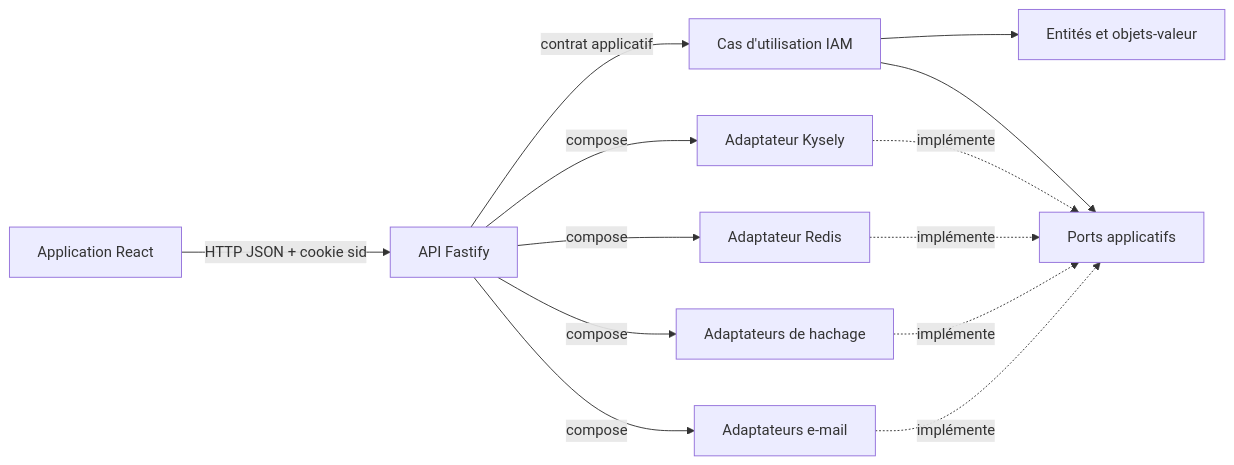
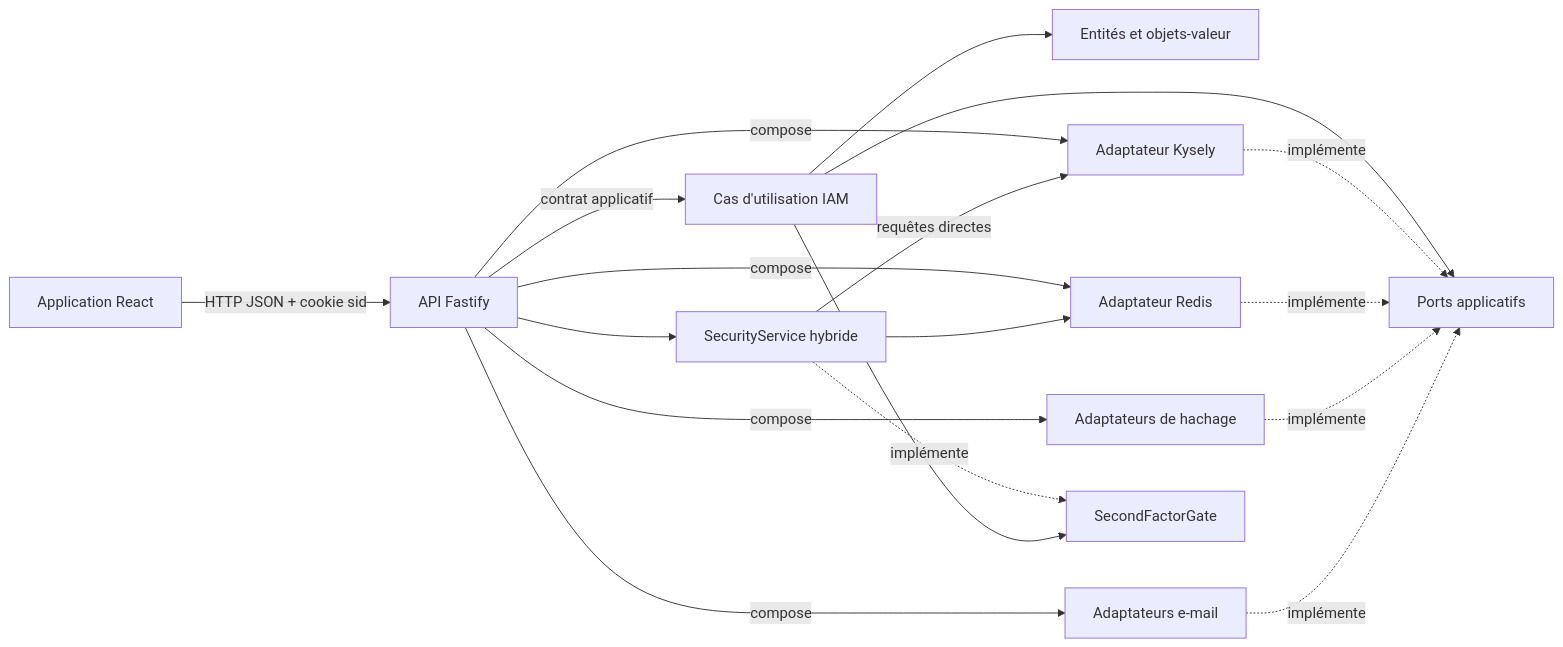
Before and after one commit to Oxelio/architecture-web: the diagram in docs/fr/architecture/overview.md, drawn with Mermaid. The commit also changed other lines of this file and 29 other files, not shown here.

Commit message:
docs(architecture): align security docs with implementation

````diff
--- a/docs/fr/architecture/overview.md
+++ b/docs/fr/architecture/overview.md
@@ -51,15 +55,20 @@
 ```mermaid
 flowchart LR
     Browser[Application React] -->|HTTP JSON + cookie sid| API[API Fastify]
     API -->|contrat applicatif| UC[Cas d'utilisation IAM]
     UC --> Domain[Entités et objets-valeur]
     UC --> Ports[Ports applicatifs]
     Kysely[Adaptateur Kysely] -. implémente .-> Ports
     Redis[Adaptateur Redis] -. implémente .-> Ports
     Crypto[Adaptateurs de hachage] -. implémente .-> Ports
     Mail[Adaptateurs e-mail] -. implémente .-> Ports
     API -->|compose| Kysely
     API -->|compose| Redis
     API -->|compose| Crypto
     API -->|compose| Mail
+    API --> Security[SecurityService hybride]
+    Security -->|requêtes directes| Kysely
+    Security --> Redis
+    Security -. implémente .-> Gate[SecondFactorGate]
+    UC --> Gate
 ```
````
